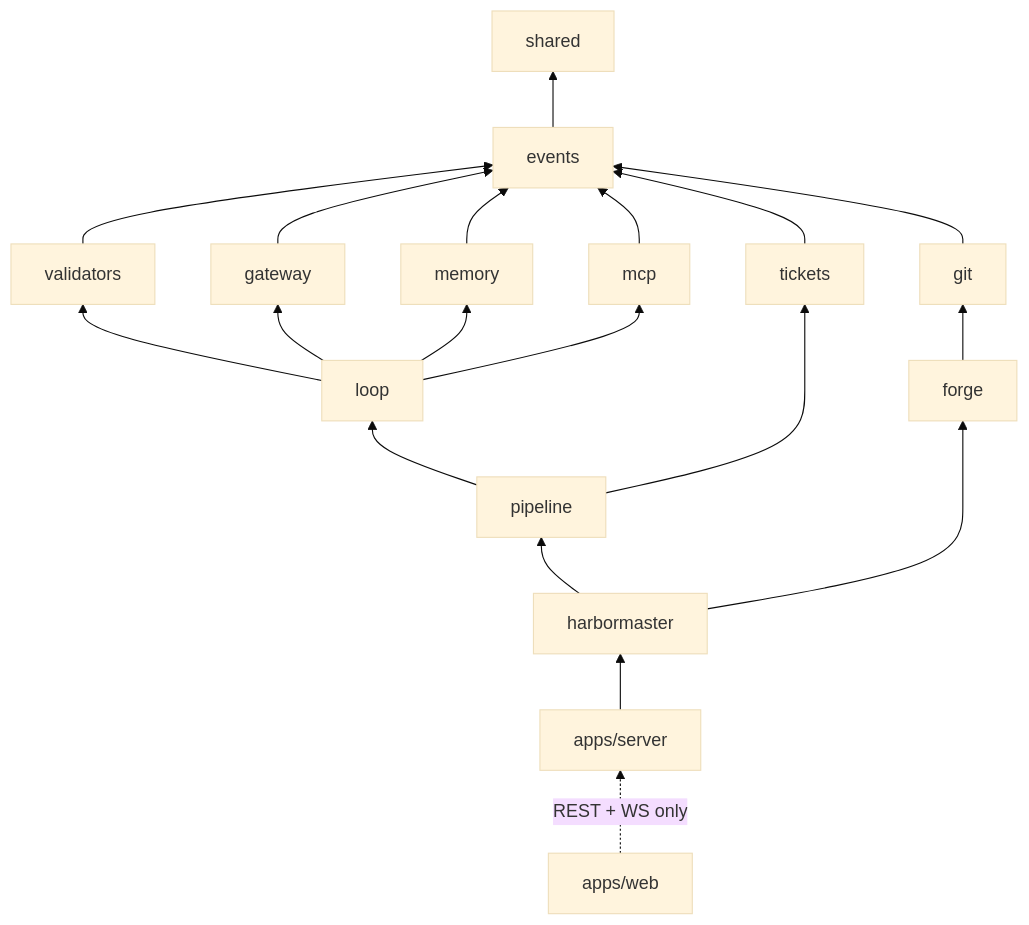
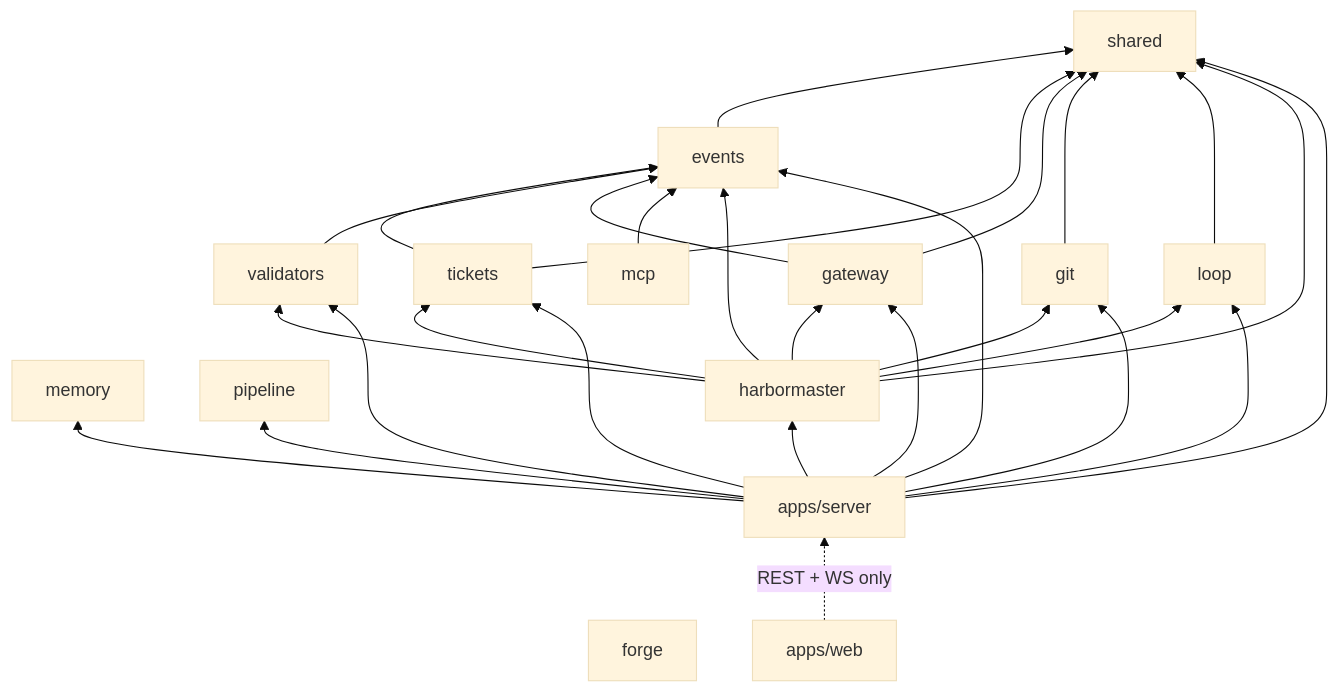
One commit to bpmforge/dokima changed the second of 2 diagrams in docs/ARCHITECTURE.md. Above: the diagram before and after it, drawn with Mermaid (base theme). The commit also changed other lines of this file and 4 other files, not shown here.

````diff
--- a/docs/ARCHITECTURE.md
+++ b/docs/ARCHITECTURE.md
@@ -156,17 +175,17 @@
 ```mermaid
 graph BT
     shared[shared]
     events[events] --> shared
-    tickets[tickets] --> events
+    tickets[tickets] --> events & shared
     validators[validators] --> events
-    gateway[gateway] --> events
-    memory[memory] --> events
-    git[git] --> events
-    forge[forge] --> git
+    gateway[gateway] --> events & shared
+    memory[memory]
+    git[git] --> shared
+    forge[forge]
     mcp[mcp] --> events
-    loop[loop] --> validators & gateway & memory & mcp
-    pipeline[pipeline] --> loop & tickets
-    hm[harbormaster] --> pipeline & forge
-    server[apps/server] --> hm
+    loop[loop] --> shared
+    pipeline[pipeline]
+    hm[harbormaster] --> shared & events & tickets & validators & gateway & git & loop
+    server[apps/server] --> shared & events & tickets & validators & gateway & memory & git & loop & pipeline & hm
     web[apps/web] -.->|REST + WS only| server
 ```
````
